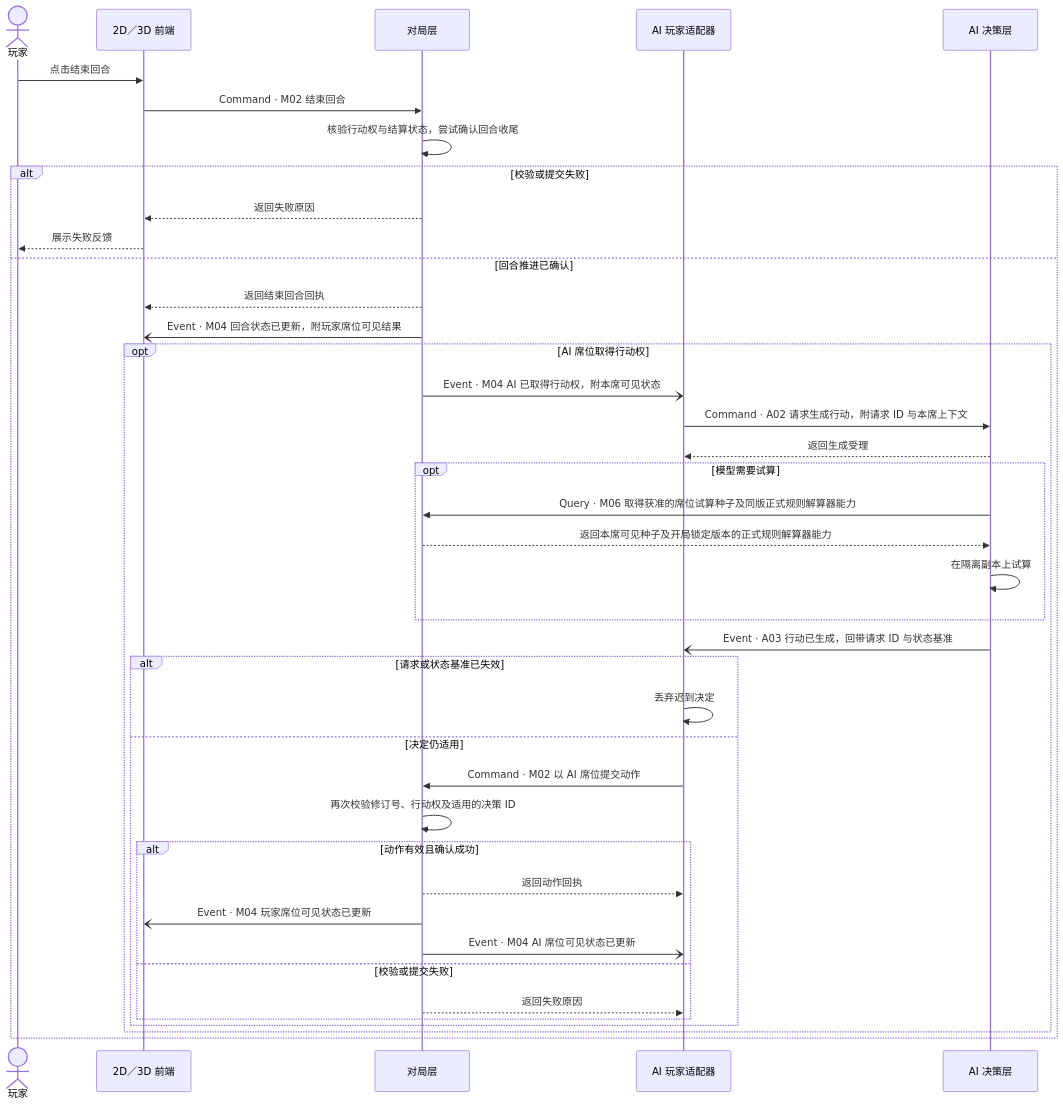
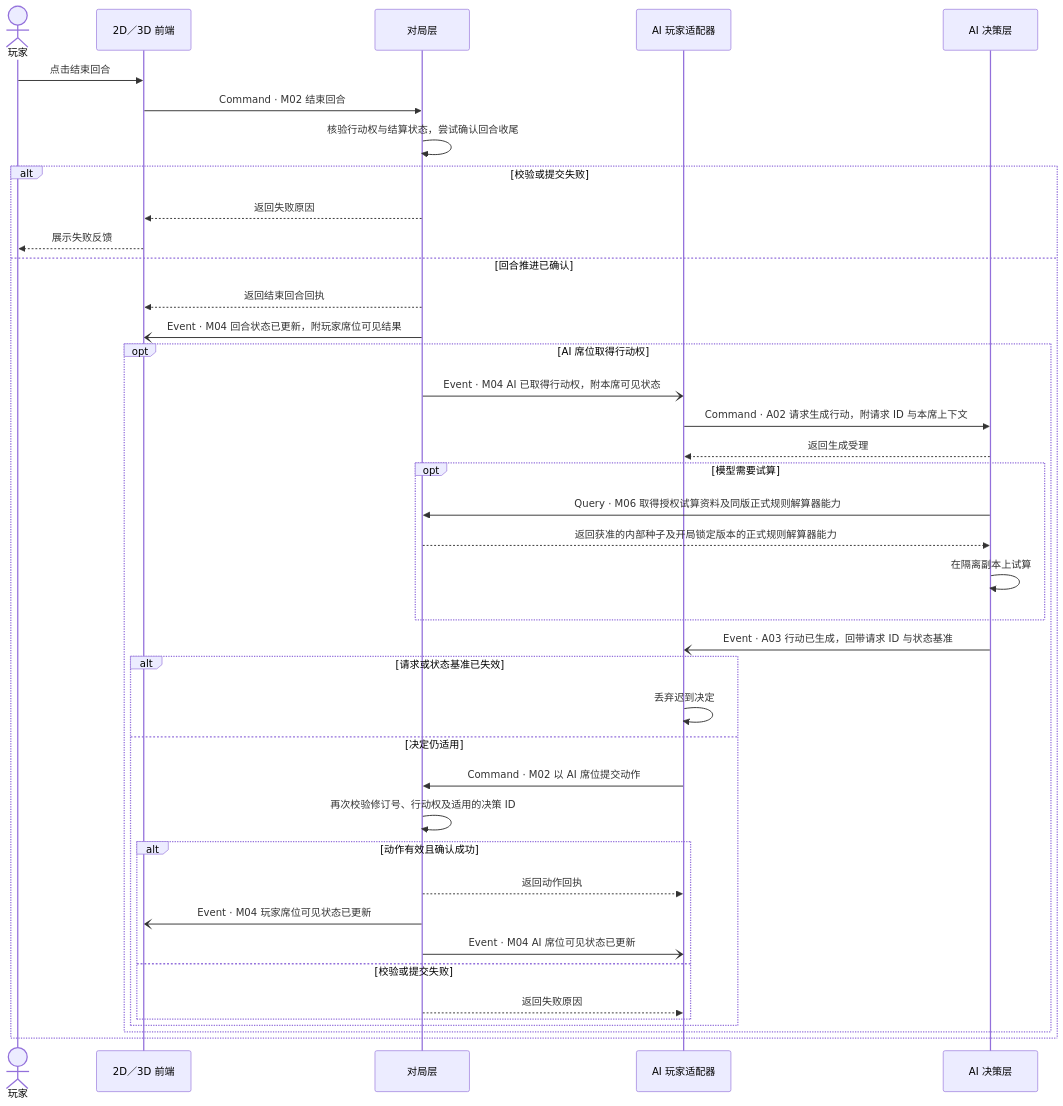
One commit to jigejiqiangshou/Critical-Provisional changed the eighth of 12 diagrams in specs/001-offline-game-refactor/contracts/scenario-sequences.md. Above: the diagram before and after it, drawn with Mermaid. The commit also changed other lines of this file and 10 other files, not shown here.

````diff
--- a/specs/001-offline-game-refactor/contracts/scenario-sequences.md
+++ b/specs/001-offline-game-refactor/contracts/scenario-sequences.md
@@ -288,43 +289,43 @@
 ```mermaid
 sequenceDiagram
     actor P as 玩家
     participant F as 2D／3D 前端
     participant G as 对局层
     participant A as AI 玩家适配器
     participant M as AI 决策层
 
     P->>F: 点击结束回合
     F->>G: Command · M02 结束回合
     G->>G: 核验行动权与结算状态，尝试确认回合收尾
     alt 校验或提交失败
         G-->>F: 返回失败原因
         F-->>P: 展示失败反馈
     else 回合推进已确认
         G-->>F: 返回结束回合回执
         G-)F: Event · M04 回合状态已更新，附玩家席位可见结果
         opt AI 席位取得行动权
             G-)A: Event · M04 AI 已取得行动权，附本席可见状态
             A->>M: Command · A02 请求生成行动，附请求 ID 与本席上下文
             M-->>A: 返回生成受理
             opt 模型需要试算
-                M->>G: Query · M06 取得获准的席位试算种子及同版正式规则解算器能力
-                G-->>M: 返回本席可见种子及开局锁定版本的正式规则解算器能力
+                M->>G: Query · M06 取得授权试算资料及同版正式规则解算器能力
+                G-->>M: 返回获准的内部种子及开局锁定版本的正式规则解算器能力
                 M->>M: 在隔离副本上试算
             end
             M-)A: Event · A03 行动已生成，回带请求 ID 与状态基准
             alt 请求或状态基准已失效
                 A->>A: 丢弃迟到决定
             else 决定仍适用
                 A->>G: Command · M02 以 AI 席位提交动作
                 G->>G: 再次校验修订号、行动权及适用的决策 ID
                 alt 动作有效且确认成功
                     G-->>A: 返回动作回执
                     G-)F: Event · M04 玩家席位可见状态已更新
                     G-)A: Event · M04 AI 席位可见状态已更新
                 else 校验或提交失败
                     G-->>A: 返回失败原因
                 end
             end
         end
     end
 ```
````
